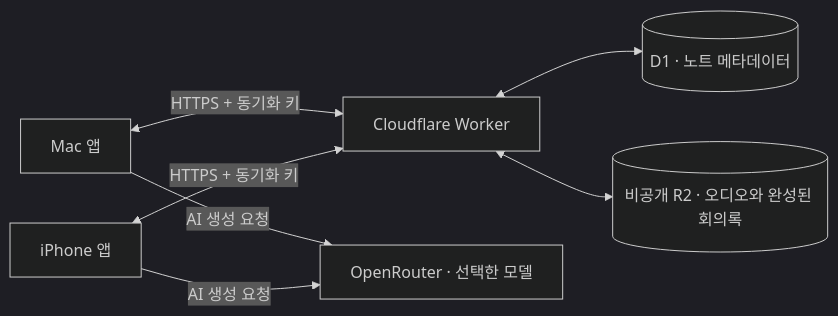
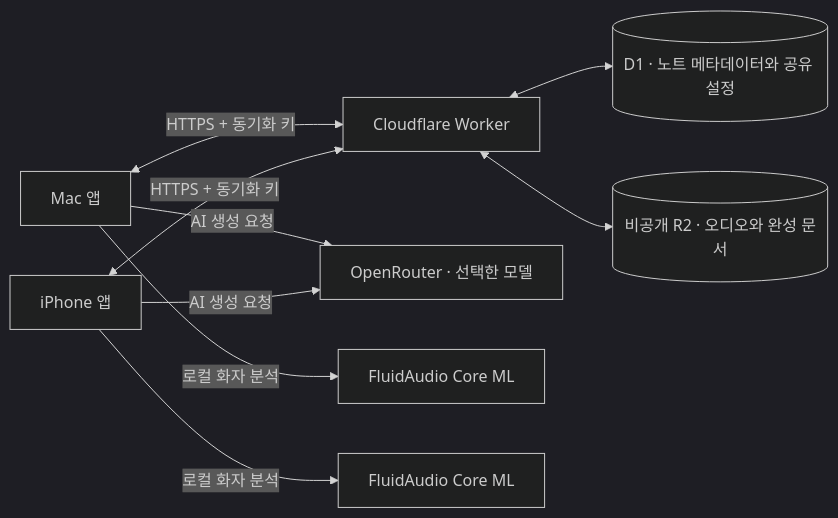
The diagram in README.md (Seonwoo82/AI-NoteTaker), drawn with Mermaid (dark theme) before and after one commit. The commit also changed other lines of this file and 115 other files, not shown here.

First line of the commit message:
Keep meeting context tied to speakers across Mac and iPhone

````diff
--- a/README.md
+++ b/README.md
@@ -115,9 +155,11 @@
 ```mermaid
 flowchart LR
     Mac[Mac 앱] <-->|HTTPS + 동기화 키| Worker[Cloudflare Worker]
     Phone[iPhone 앱] <-->|HTTPS + 동기화 키| Worker
-    Worker <--> D1[(D1 · 노트 메타데이터)]
-    Worker <--> R2[(비공개 R2 · 오디오와 완성된 회의록)]
+    Worker <--> D1[(D1 · 노트 메타데이터와 공유 설정)]
+    Worker <--> R2[(비공개 R2 · 오디오와 완성 문서)]
     Mac -->|AI 생성 요청| AI[OpenRouter · 선택한 모델]
     Phone -->|AI 생성 요청| AI
+    Mac -->|로컬 화자 분석| LocalMac[FluidAudio Core ML]
+    Phone -->|로컬 화자 분석| LocalPhone[FluidAudio Core ML]
 ```
````
